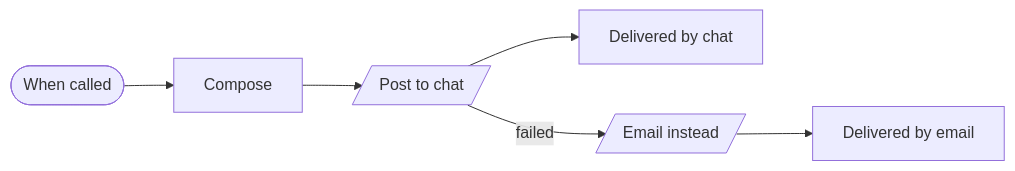
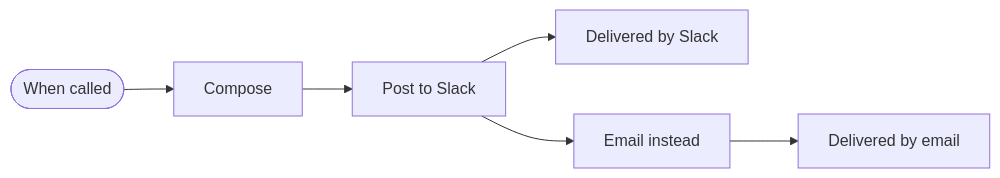
One commit to kimjoshuadr/n8n-workflows changed the third of 6 diagrams in shared/README.md. Above: the diagram before and after it, drawn with Mermaid. The commit also changed other lines of this file and 179 other files, not shown here.

````diff
--- a/shared/README.md
+++ b/shared/README.md
@@ -92,14 +105,14 @@
 ```mermaid
 flowchart LR
   nxyuboc(["When called"])
   nvx0wwb["Compose"]
-  n7sk26c[/"Post to chat"/]
-  n1wsgy3i["Delivered by chat"]
-  no9yad3[/"Email instead"/]
+  ns97jno["Post to Slack"]
+  n1chjvu["Delivered by Slack"]
+  no9yad3["Email instead"]
   n1mehp2["Delivered by email"]
   nxyuboc --> nvx0wwb
-  nvx0wwb --> n7sk26c
-  n7sk26c --> n1wsgy3i
-  n7sk26c -->|failed| no9yad3
+  nvx0wwb --> ns97jno
+  ns97jno --> n1chjvu
+  ns97jno --> no9yad3
   no9yad3 --> n1mehp2
 ```
````
